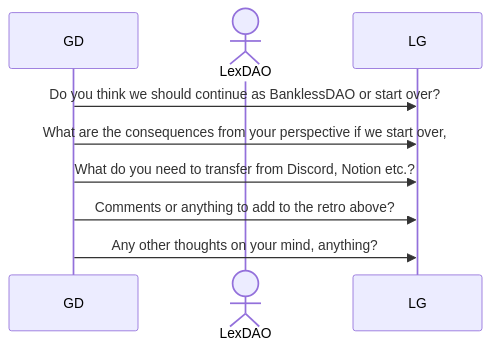
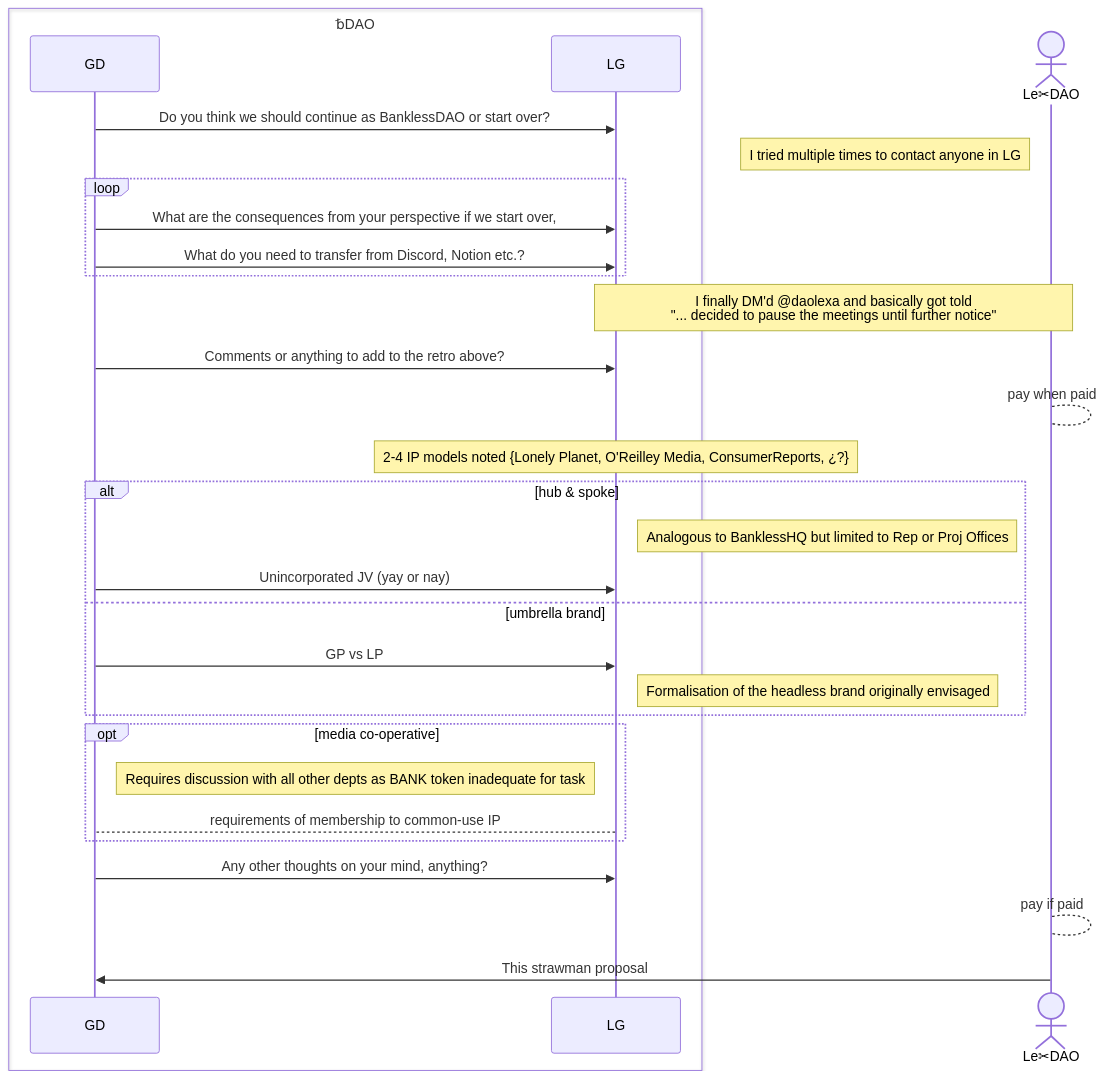
The diagram in Override/2024-04-09 1stResponder.md (lexDAO/hackmd), drawn with Mermaid before and after one commit. The commit also changed other lines of this file, not shown here.

Commit message:
Formally write up pitch to Oakfloor
Wrote up events as of date (Tues) including the prior 2-4 IP models and the resulting legal alternative structures.

`````diff
--- a/Override/2024-04-09 1stResponder.md
+++ b/Override/2024-04-09 1stResponder.md
@@ -15,13 +15,32 @@
 ````mermaid
 sequenceDiagram
+box transparent ␢DAO
 participant  GD
-actor LexDAO
 participant  LG
+end
+actor Le✂DAO
 GD->>LG: Do you think we should continue as BanklessDAO or start over?
-GD->>LG: What are the consequences from your perspective if we start over, 
-GD->>LG: What do you need to transfer from Discord, Notion etc.?
+note left of Le✂DAO: I tried multiple times to contact anyone in LG
+loop
+    GD->>LG: What are the consequences from your perspective if we start over, 
+    GD->>LG: What do you need to transfer from Discord, Notion etc.?
+end
+note over LG, Le✂DAO: I finally DM'd @daolexa and basically got told<br>"... decided to pause the meetings until further notice"
 GD->>LG: Comments or anything to add to the retro above?
-
+Le✂DAO-->Le✂DAO: pay when paid
+note over LG: 2-4 IP models noted {Lonely Planet, O'Reilley Media, ConsumerReports, ¿?}
+alt hub & spoke
+  note right of LG: Analogous to BanklessHQ but limited to Rep or Proj Offices
+  GD->>LG: Unincorporated JV (yay or nay)
+else umbrella brand
+  GD->>LG: GP vs LP
+  note right of LG: Formalisation of the headless brand originally envisaged
+end
+opt media co-operative
+  note left of LG: Requires discussion with all other depts as BANK token inadequate for task
+  LG-->GD: requirements of membership to common-use IP
+end  
 GD->>LG: Any other thoughts on your mind, anything?
-
+  Le✂DAO-->Le✂DAO: pay if paid
+  Le✂DAO->>GD: This strawman proposal
 ````
`````
